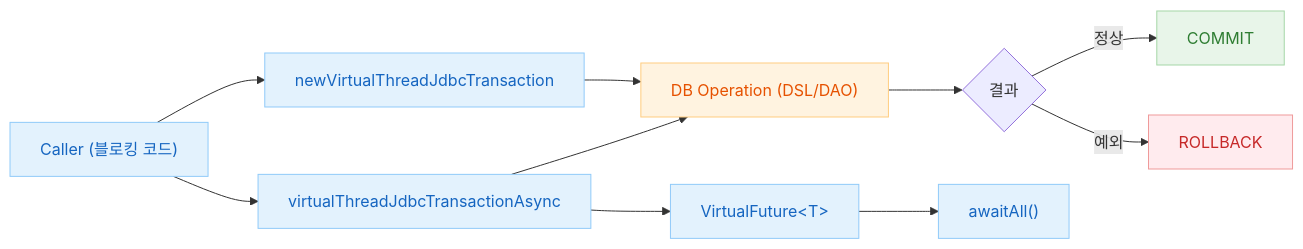
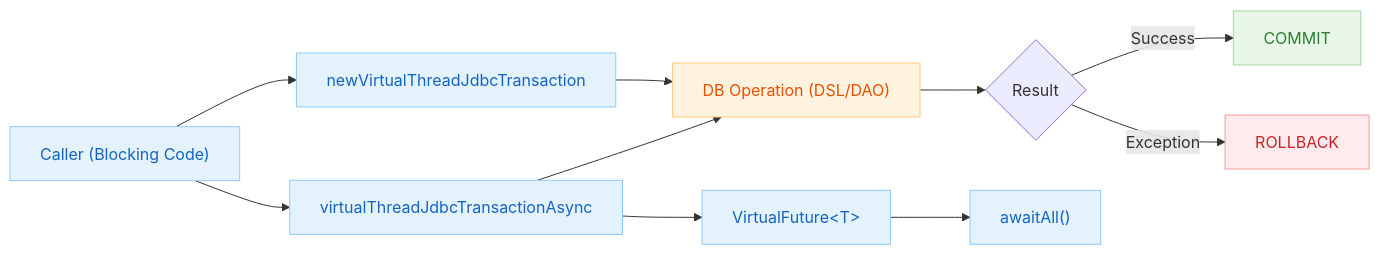
The fourth of 4 diagrams in 08-coroutines/README.md (bluetape4k/exposed-workshop), drawn with Mermaid before and after one commit. The commit also changed other lines of this file and 115 other files, not shown here.

````diff
--- a/08-coroutines/README.md
+++ b/08-coroutines/README.md
@@ -154,24 +156,24 @@
 ```mermaid
 flowchart LR
-    A["Caller (블로킹 코드)"] --> B["newVirtualThreadJdbcTransaction"]
+    A["Caller (Blocking Code)"] --> B["newVirtualThreadJdbcTransaction"]
     A --> C["virtualThreadJdbcTransactionAsync"]
     B --> D["DB Operation (DSL/DAO)"]
     C --> D
-    D --> E{결과}
-    E -->|정상| F["COMMIT"]
-    E -->|예외| G["ROLLBACK"]
+    D --> E{Result}
+    E -->|Success| F["COMMIT"]
+    E -->|Exception| G["ROLLBACK"]
     C --> H["VirtualFuture&lt;T&gt;"]
     H --> I["awaitAll()"]
 
     classDef blue fill:#E3F2FD,stroke:#90CAF9,color:#1565C0
     classDef green fill:#E8F5E9,stroke:#A5D6A7,color:#2E7D32
     classDef orange fill:#FFF3E0,stroke:#FFCC80,color:#E65100
     classDef red fill:#FFEBEE,stroke:#EF9A9A,color:#C62828
 
     class A blue
     class B,C blue
     class D orange
     class F green
     class G red
     class H,I blue
 ```
````
